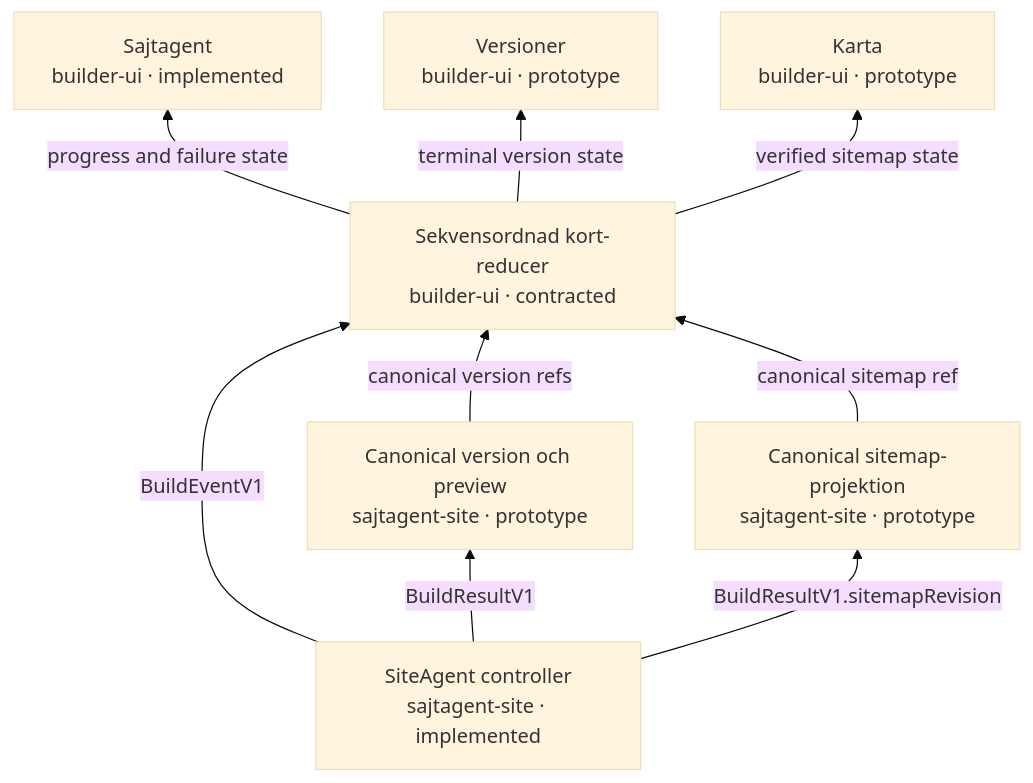
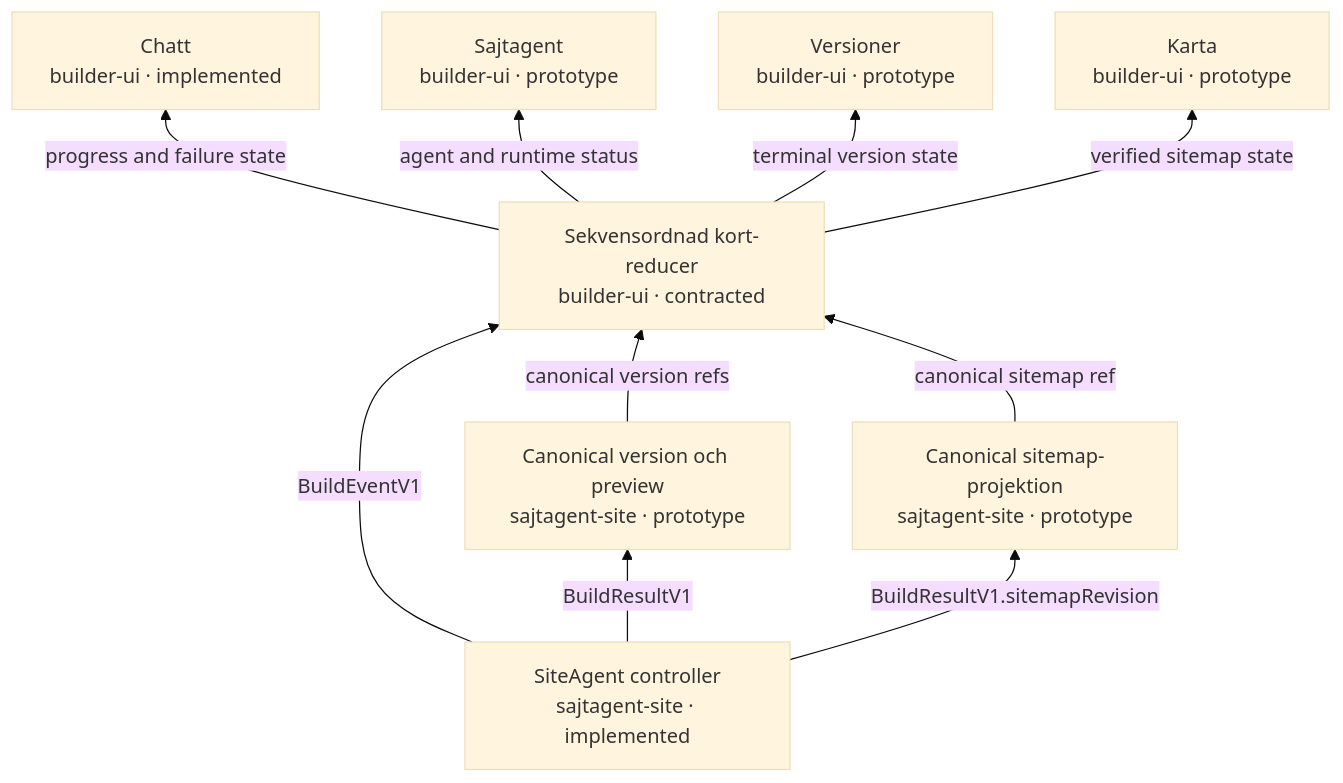
Before and after one commit to Jakeminator123/sajtagent-site: the second of 2 diagrams in docs/card-flow.md, drawn with Mermaid (base theme). The commit also changed other lines of this file and 14 other files, not shown here.

Commit message:
feat: restore the V1 OpenClaw chat card

````diff
--- a/docs/card-flow.md
+++ b/docs/card-flow.md
@@ -26,18 +26,20 @@
 ```mermaid
 flowchart BT
     n_product_controller["SiteAgent controller<br/>sajtagent-site · implemented"]
     n_product_version["Canonical version och preview<br/>sajtagent-site · prototype"]
     n_product_controller -->|"BuildResultV1"| n_product_version
     n_product_sitemap["Canonical sitemap-projektion<br/>sajtagent-site · prototype"]
     n_product_controller -->|"BuildResultV1.sitemapRevision"| n_product_sitemap
     n_ui_event_reducer["Sekvensordnad kort-reducer<br/>builder-ui · contracted"]
     n_product_controller -->|"BuildEventV1"| n_ui_event_reducer
     n_product_version -->|"canonical version refs"| n_ui_event_reducer
     n_product_sitemap -->|"canonical sitemap ref"| n_ui_event_reducer
-    n_card_agent["Sajtagent<br/>builder-ui · implemented"]
-    n_ui_event_reducer -->|"progress and failure state"| n_card_agent
+    n_card_chat["Chatt<br/>builder-ui · implemented"]
+    n_ui_event_reducer -->|"progress and failure state"| n_card_chat
+    n_card_agent["Sajtagent<br/>builder-ui · prototype"]
+    n_ui_event_reducer -->|"agent and runtime status"| n_card_agent
     n_card_versions["Versioner<br/>builder-ui · prototype"]
     n_ui_event_reducer -->|"terminal version state"| n_card_versions
     n_card_map["Karta<br/>builder-ui · prototype"]
     n_ui_event_reducer -->|"verified sitemap state"| n_card_map
 ```
````
